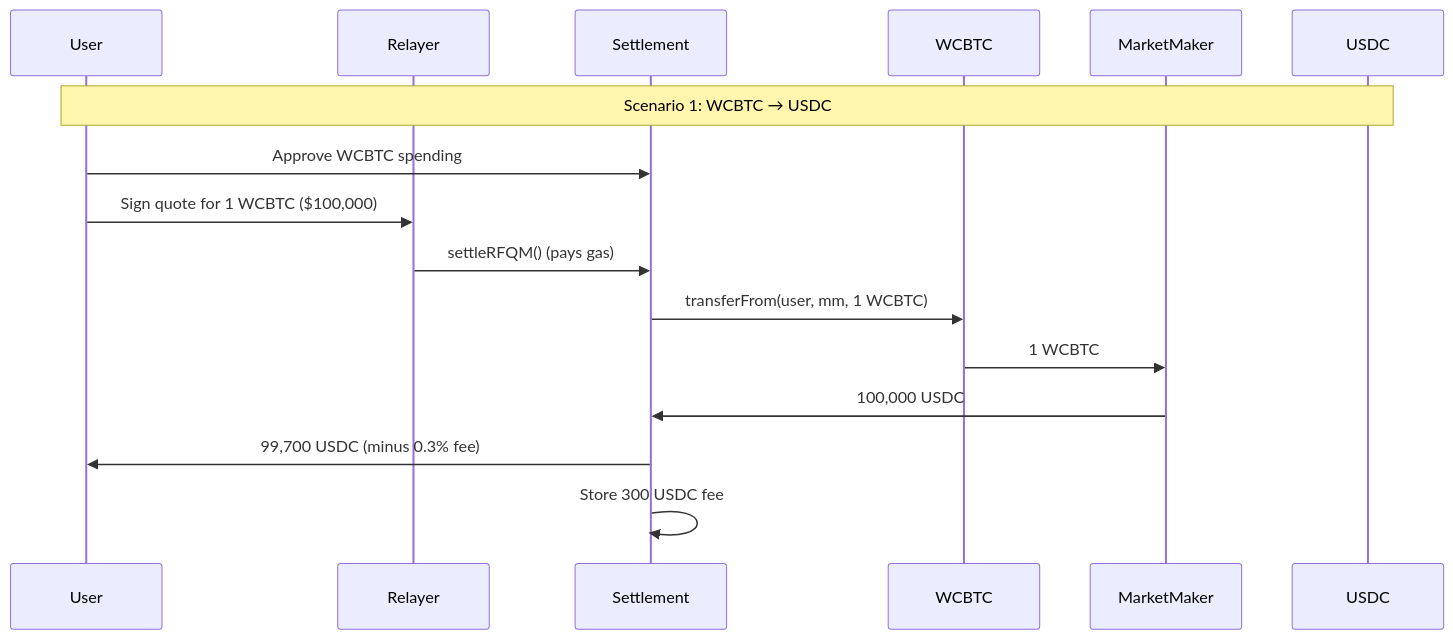
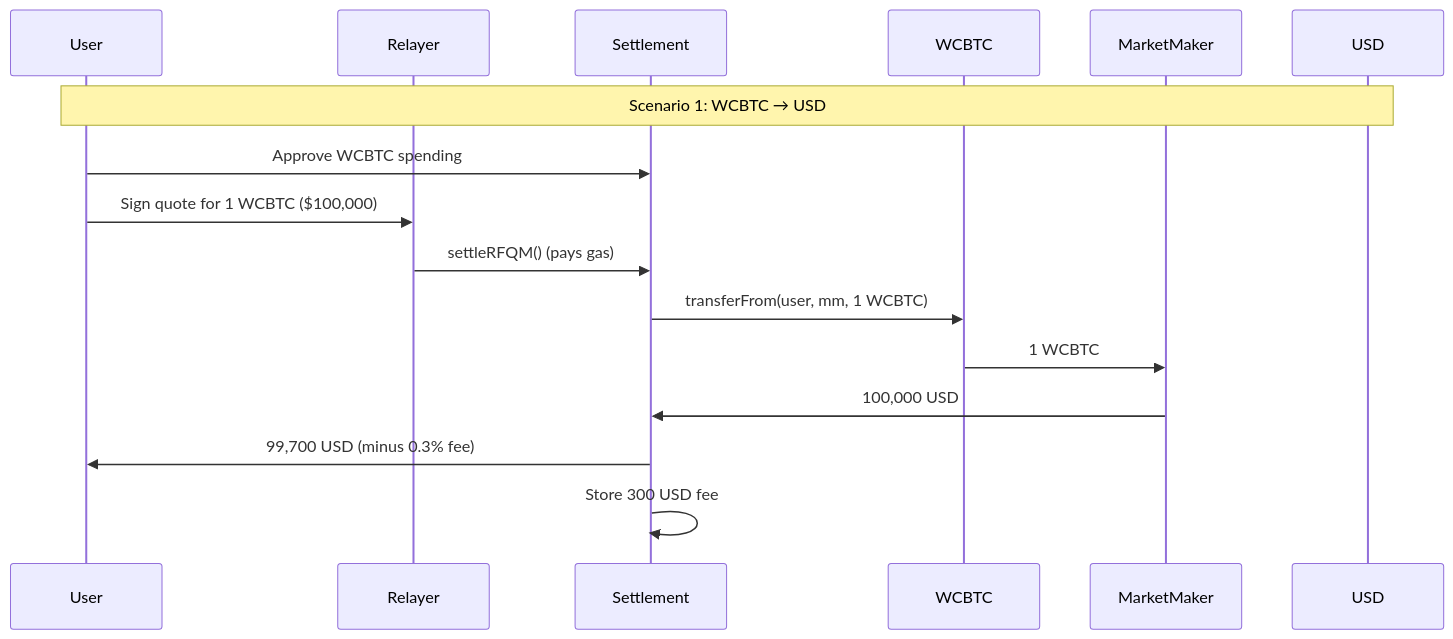
Before and after one commit to crest-bitcoin/docs: the second of 4 diagrams in trading/rfqm.mdx, drawn with Mermaid. The commit also changed other lines of this file and 6 other files, not shown here.

````diff
--- a/trading/rfqm.mdx
+++ b/trading/rfqm.mdx
@@ -65,19 +65,19 @@
 ```mermaid
 sequenceDiagram
     participant User
     participant Relayer
     participant Settlement
     participant WCBTC
     participant MarketMaker
-    participant USDC
+    participant USD
 
-    Note over User,USDC: Scenario 1: WCBTC → USDC
+    Note over User,USD: Scenario 1: WCBTC → USD
     User->>Settlement: Approve WCBTC spending
     User->>Relayer: Sign quote for 1 WCBTC ($100,000)
     Relayer->>Settlement: settleRFQM() (pays gas)
     Settlement->>WCBTC: transferFrom(user, mm, 1 WCBTC)
     WCBTC->>MarketMaker: 1 WCBTC
-    MarketMaker->>Settlement: 100,000 USDC
-    Settlement->>User: 99,700 USDC (minus 0.3% fee)
-    Settlement->>Settlement: Store 300 USDC fee
+    MarketMaker->>Settlement: 100,000 USD
+    Settlement->>User: 99,700 USD (minus 0.3% fee)
+    Settlement->>Settlement: Store 300 USD fee
 ```
````
